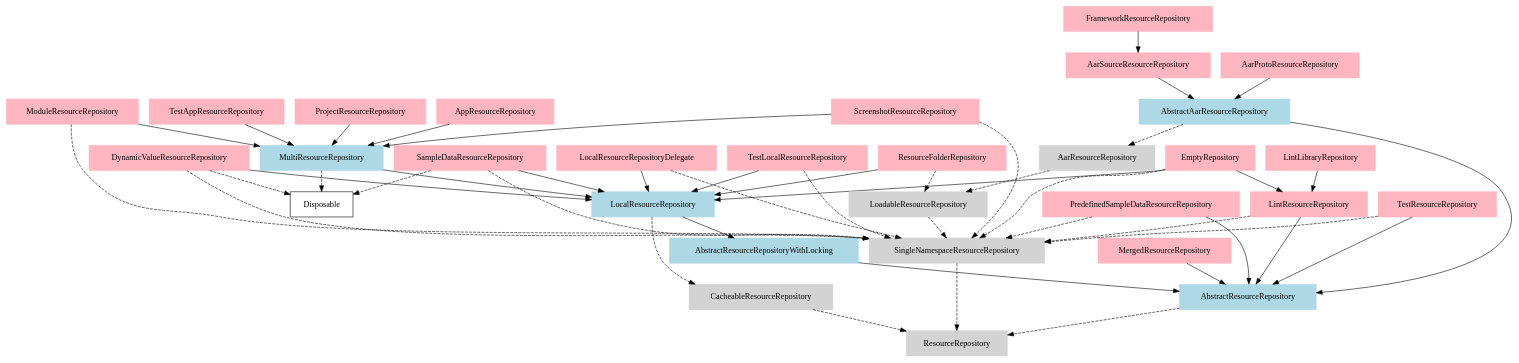
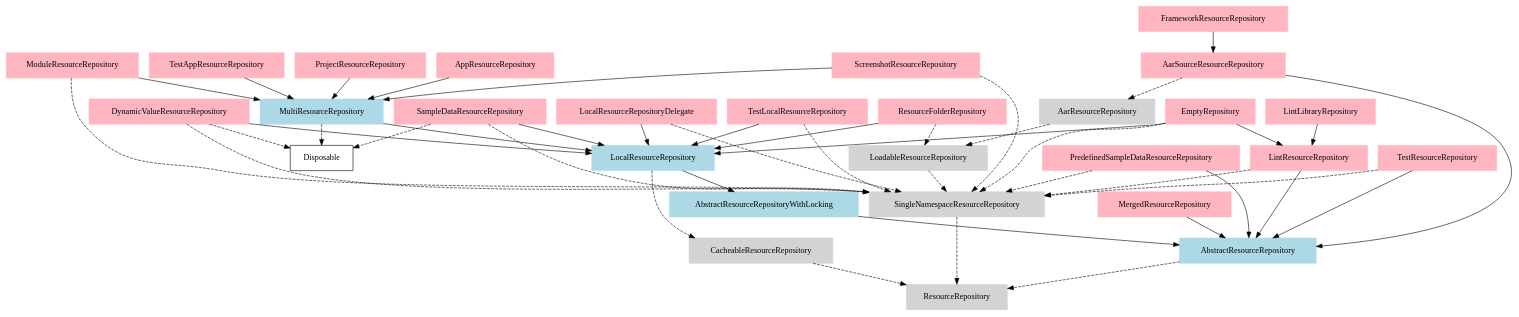
One commit to msft-mirror-aosp/platform.tools.adt.idea changed the diagram in android/docs/resource_repository_classes.gv. Above: the diagram before and after it, drawn with Graphviz. The commit also changed 6 other files, not shown here.

```diff
--- a/android/docs/resource_repository_classes.gv
+++ b/android/docs/resource_repository_classes.gv
@@ -1,79 +1,75 @@
 // Generated with https://user.git.corp.google.com/kudasov/resource_repository_graph/
 digraph {
     node [shape=box, margin=0.2];
     LintLibraryRepository [style="filled", color="lightpink"];
     LintLibraryRepository -> LintResourceRepository;
     MergedResourceRepository [style="filled", color="lightpink"];
     MergedResourceRepository -> AbstractResourceRepository;
     PredefinedSampleDataResourceRepository [style="filled", color="lightpink"];
     PredefinedSampleDataResourceRepository -> SingleNamespaceResourceRepository [style="dashed"];
     PredefinedSampleDataResourceRepository -> AbstractResourceRepository;
     SampleDataResourceRepository [style="filled", color="lightpink"];
     SampleDataResourceRepository -> SingleNamespaceResourceRepository [style="dashed"];
     SampleDataResourceRepository -> Disposable [style="dashed"];
     SampleDataResourceRepository -> LocalResourceRepository;
     LocalResourceRepository [style="filled", color="lightblue"];
     LocalResourceRepository -> CacheableResourceRepository [style="dashed"];
     LocalResourceRepository -> AbstractResourceRepositoryWithLocking;
     ScreenshotResourceRepository [style="filled", color="lightpink"];
     ScreenshotResourceRepository -> SingleNamespaceResourceRepository [style="dashed"];
     ScreenshotResourceRepository -> MultiResourceRepository;
     EmptyRepository [style="filled", color="lightpink"];
     EmptyRepository -> SingleNamespaceResourceRepository [style="dashed"];
     EmptyRepository -> LocalResourceRepository;
     EmptyRepository [style="filled", color="lightpink"];
     EmptyRepository -> LintResourceRepository;
     LoadableResourceRepository [style="filled", color="lightgray"];
     LoadableResourceRepository -> SingleNamespaceResourceRepository [style="dashed"];
     AarSourceResourceRepository [style="filled", color="lightpink"];
-    AarSourceResourceRepository -> AbstractAarResourceRepository;
+    AarSourceResourceRepository -> AarResourceRepository [style="dashed"];
+    AarSourceResourceRepository -> AbstractResourceRepository;
     LintResourceRepository [style="filled", color="lightpink"];
     LintResourceRepository -> SingleNamespaceResourceRepository [style="dashed"];
     LintResourceRepository -> AbstractResourceRepository;
-    AarProtoResourceRepository [style="filled", color="lightpink"];
-    AarProtoResourceRepository -> AbstractAarResourceRepository;
     AppResourceRepository [style="filled", color="lightpink"];
     AppResourceRepository -> MultiResourceRepository;
     TestResourceRepository [style="filled", color="lightpink"];
     TestResourceRepository -> SingleNamespaceResourceRepository [style="dashed"];
     TestResourceRepository -> AbstractResourceRepository;
     TestAppResourceRepository [style="filled", color="lightpink"];
     TestAppResourceRepository -> MultiResourceRepository;
     AbstractResourceRepository [style="filled", color="lightblue"];
     AbstractResourceRepository -> ResourceRepository [style="dashed"];
     TestLocalResourceRepository [style="filled", color="lightpink"];
     TestLocalResourceRepository -> SingleNamespaceResourceRepository [style="dashed"];
     TestLocalResourceRepository -> LocalResourceRepository;
     LocalResourceRepositoryDelegate [style="filled", color="lightpink"];
     LocalResourceRepositoryDelegate -> SingleNamespaceResourceRepository [style="dashed"];
     LocalResourceRepositoryDelegate -> LocalResourceRepository;
     ModuleResourceRepository [style="filled", color="lightpink"];
     ModuleResourceRepository -> SingleNamespaceResourceRepository [style="dashed"];
     ModuleResourceRepository -> MultiResourceRepository;
     MultiResourceRepository [style="filled", color="lightblue"];
     MultiResourceRepository -> Disposable [style="dashed"];
     MultiResourceRepository -> LocalResourceRepository;
     SingleNamespaceResourceRepository [style="filled", color="lightgray"];
     SingleNamespaceResourceRepository -> ResourceRepository [style="dashed"];
-    AbstractAarResourceRepository [style="filled", color="lightblue"];
-    AbstractAarResourceRepository -> AarResourceRepository [style="dashed"];
-    AbstractAarResourceRepository -> AbstractResourceRepository;
     CacheableResourceRepository [style="filled", color="lightgray"];
     CacheableResourceRepository -> ResourceRepository [style="dashed"];
     ProjectResourceRepository [style="filled", color="lightpink"];
     ProjectResourceRepository -> MultiResourceRepository;
     DynamicValueResourceRepository [style="filled", color="lightpink"];
     DynamicValueResourceRepository -> Disposable [style="dashed"];
     DynamicValueResourceRepository -> SingleNamespaceResourceRepository [style="dashed"];
     DynamicValueResourceRepository -> LocalResourceRepository;
     AbstractResourceRepositoryWithLocking [style="filled", color="lightblue"];
     AbstractResourceRepositoryWithLocking -> AbstractResourceRepository;
     AarResourceRepository [style="filled", color="lightgray"];
     AarResourceRepository -> LoadableResourceRepository [style="dashed"];
     FrameworkResourceRepository [style="filled", color="lightpink"];
     FrameworkResourceRepository -> AarSourceResourceRepository;
     ResourceFolderRepository [style="filled", color="lightpink"];
     ResourceFolderRepository -> LoadableResourceRepository [style="dashed"];
     ResourceFolderRepository -> LocalResourceRepository;
     ResourceRepository [style="filled", color="lightgray"];
 }
```
